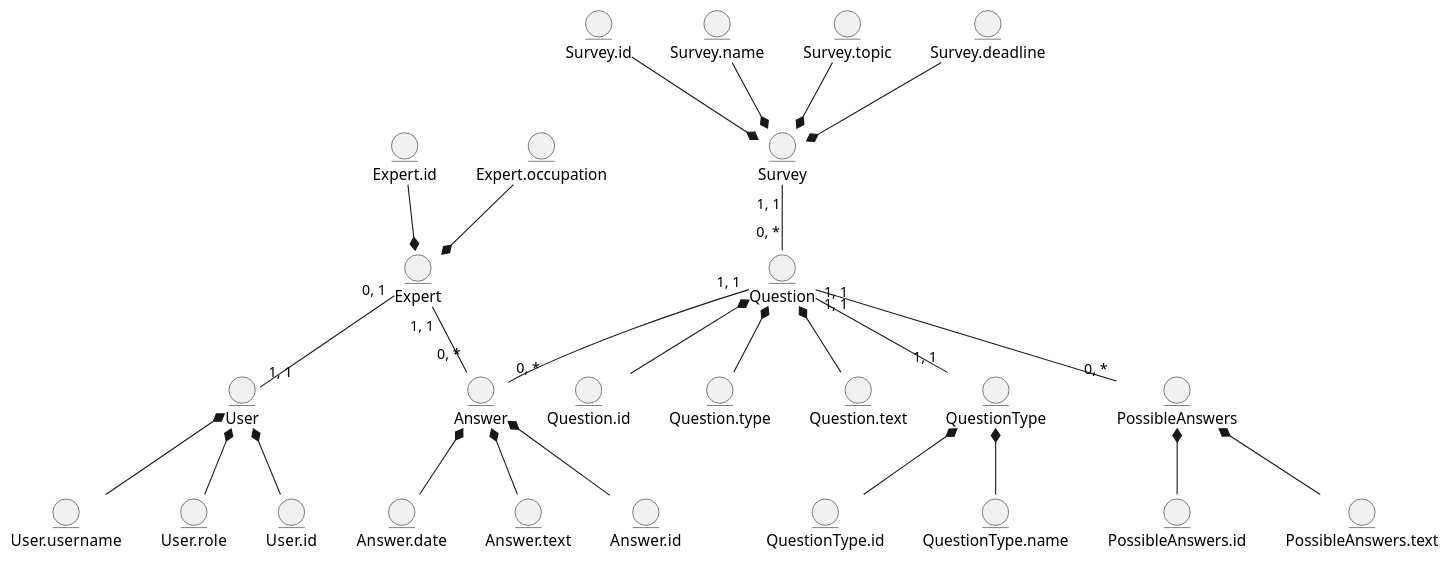
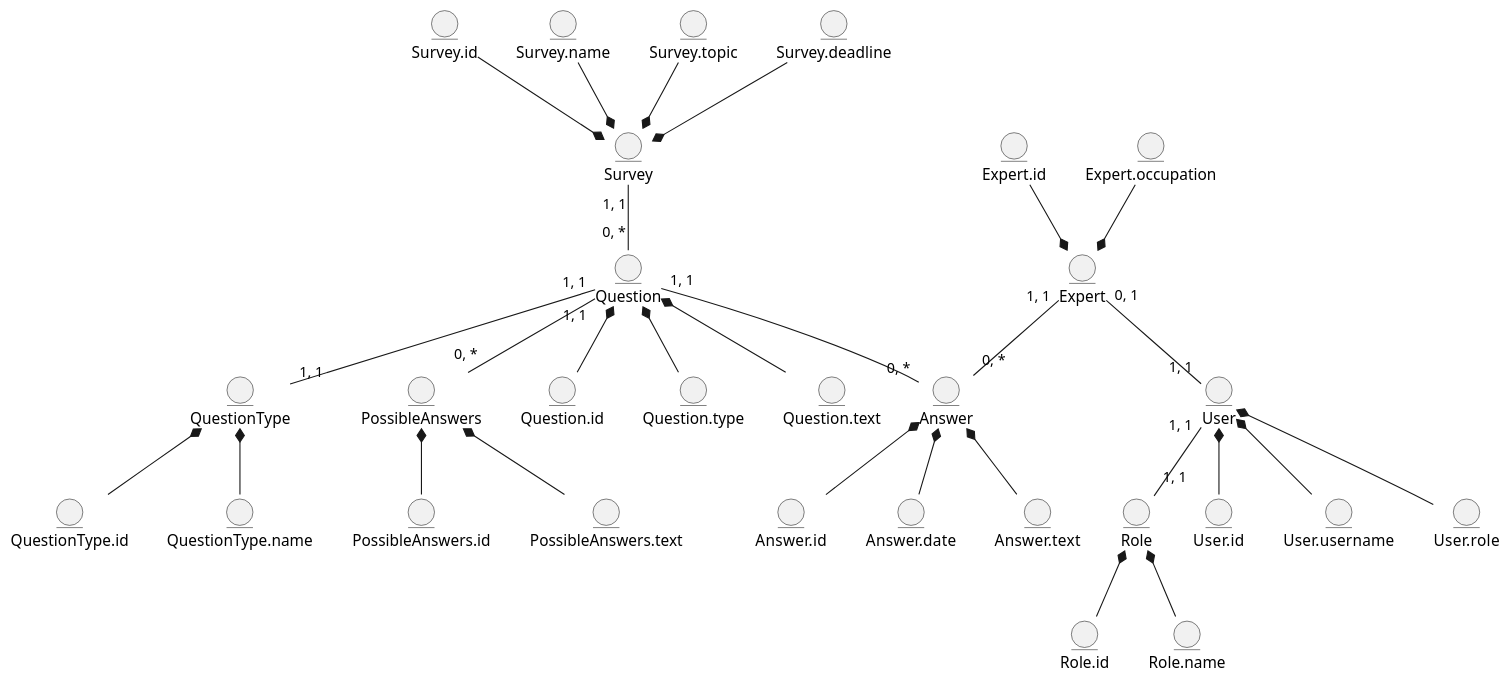
The diagram in src/uml/business-models/BEM.puml (anrysliusar/SurvExp), drawn with PlantUML before and after one commit. The commit also changed 1 other file, not shown here.

Commit message:
UML fix (one more)

```diff
--- a/src/uml/business-models/BEM.puml
+++ b/src/uml/business-models/BEM.puml
@@ -1,78 +1,86 @@
 @startuml
   
   '-----Пользователи-----'
   '-Пользователь-'
   entity User
   entity User.id
   entity User.username
   entity User.role
   '-Эксперт-'
   entity Expert
   entity Expert.id
   entity Expert.occupation
   
   '-----Объекты-----'
   '-Опрос-'
   entity Survey
   entity Survey.id
   entity Survey.name
   entity Survey.topic
   entity Survey.deadline
   '-Вопрос-'
   entity Question
   entity Question.id
   entity Question.type
   entity Question.text
   '-Ответы на анкеты-'
   entity Answer
   entity Answer.id
   entity Answer.date
   entity Answer.text
   '-Возможные ответы-'
   entity PossibleAnswers
   entity PossibleAnswers.id
   entity PossibleAnswers.text
   '-Типы вопросов-'
   entity QuestionType
   entity QuestionType.id
   entity QuestionType.name
-  
+  '-Роли-'
+  entity Role
+  entity Role.id
+  entity Role.name
+
   
   '-----Пользователи-----'
   '-Пользователь-'
   User.id -u-* User
   User.username -u-* User
   User.role -u-* User
   '-Эксперт-'
   Expert.id -d-* Expert
   Expert.occupation -d-* Expert
   
   '-----Объекты-----'
   '-Связи-'
   Question "0, *" -u- "1, 1" Survey
   User "1, 1" -u- "0, 1" Expert
   Answer "0, *" -u- "1, 1" Question
   Answer "0, *" -u- "1, 1" Expert
   PossibleAnswers "0, *" -u- "1, 1" Question
   QuestionType "1, 1" -u- "1, 1" Question
+  Role "1, 1" -u- "1, 1" User
   '-Опрос-'
   Survey.id -d-* Survey
   Survey.name -d-* Survey
   Survey.topic -d-* Survey
   Survey.deadline -d-* Survey
   '-Вопрос-'
   Question.id -u-* Question
   Question.type -u-* Question
   Question.text -u-* Question
   '-Ответы на анкеты-'
   Answer.id -u-* Answer
   Answer.date -u-* Answer
   Answer.text -u-* Answer
   '-Возможные ответы-'
   PossibleAnswers.id -u-* PossibleAnswers
   PossibleAnswers.text -u-* PossibleAnswers
   '-Типы вопросов-'
   QuestionType.id -u-* QuestionType
   QuestionType.name -u-* QuestionType
-  
+  '-Роли-'
+  Role.id -u-* Role
+  Role.name -u-* Role
+
 @enduml
```
